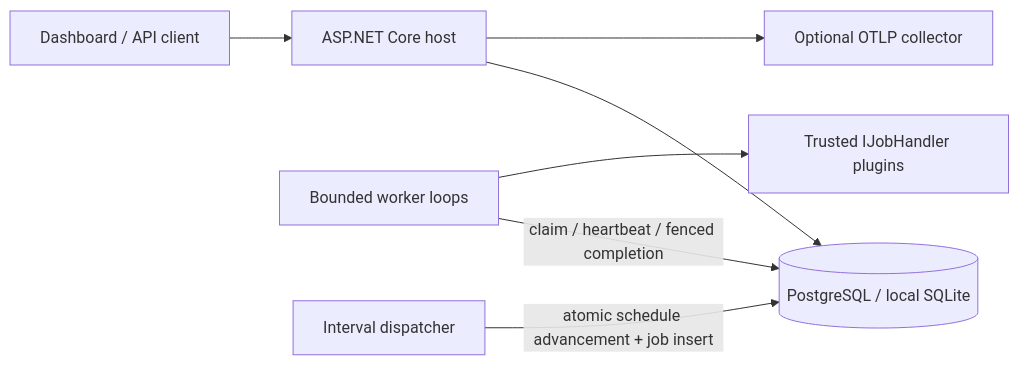
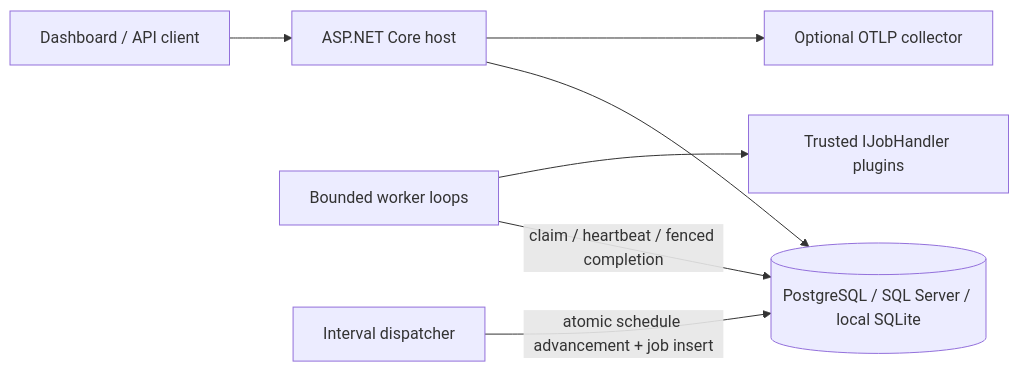
One commit to yunuskiran/runner changed the diagram in README.md. Above: the diagram before and after it, drawn with Mermaid. The commit also changed other lines of this file and 19 other files, not shown here.

Commit message:
feat: support SQL Server as primary Runner storage

````diff
--- a/README.md
+++ b/README.md
@@ -51,9 +51,9 @@
 ```mermaid
 flowchart LR
     Operator[Dashboard / API client] --> Host[ASP.NET Core host]
-    Host --> DB[(PostgreSQL / local SQLite)]
+    Host --> DB[(PostgreSQL / SQL Server / local SQLite)]
     Worker[Bounded worker loops] -->|claim / heartbeat / fenced completion| DB
     Scheduler[Interval dispatcher] -->|atomic schedule advancement + job insert| DB
     Worker --> Plugin[Trusted IJobHandler plugins]
     Host --> OTLP[Optional OTLP collector]
 ```
````
